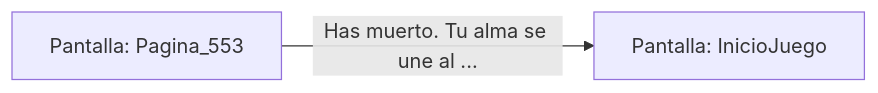
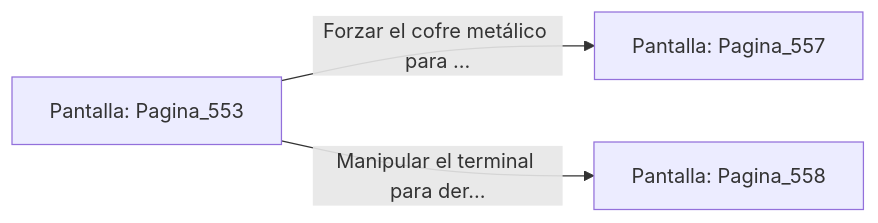
Before and after one commit to metsuke/mpl: the diagram in sample/eligejuego-vault/Pantalla_Pagina_553.md, drawn with Mermaid. The commit also changed other lines of this file and 635 other files, not shown here.

First line of the commit message:
fix: añadir Pagina_1 como pantalla inicial en capitulo_01.mpl

````diff
--- a/sample/eligejuego-vault/Pantalla_Pagina_553.md
+++ b/sample/eligejuego-vault/Pantalla_Pagina_553.md
@@ -17,5 +24,6 @@
 ```mermaid
 graph LR
     P_Pagina_553["Pantalla: Pagina_553"]
-    P_Pagina_553 -->|"Has muerto. Tu alma se une al ..."| P_InicioJuego["Pantalla: InicioJuego"]
+    P_Pagina_553 -->|"Forzar el cofre metálico para ..."| P_Pagina_557["Pantalla: Pagina_557"]
+    P_Pagina_553 -->|"Manipular el terminal para der..."| P_Pagina_558["Pantalla: Pagina_558"]
 ```
````
